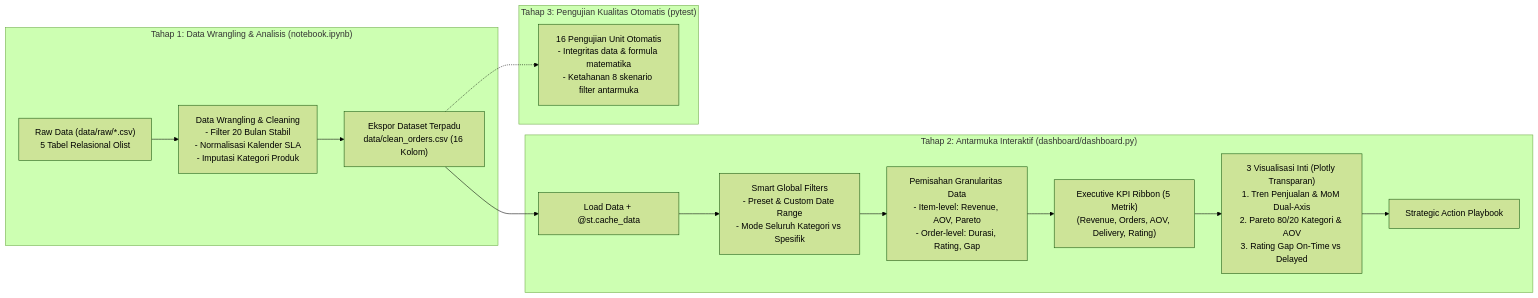
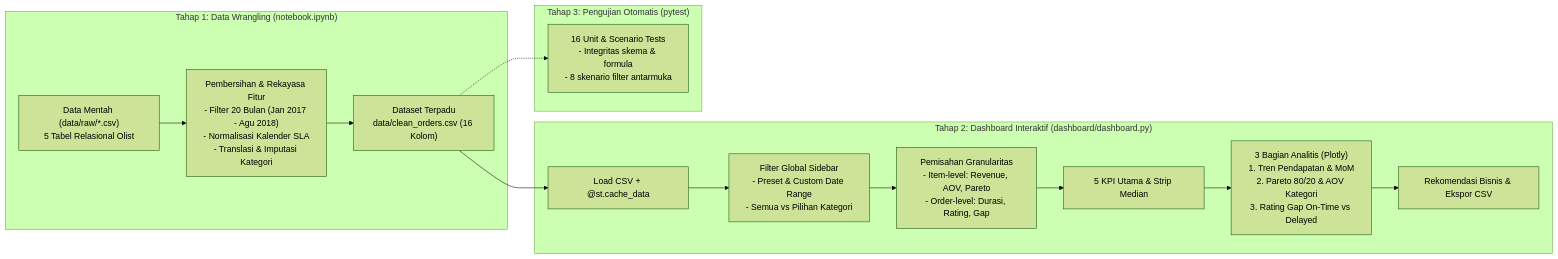
Before and after one commit to areswijaya/ecommerce-insight-dashboard: the diagram in docs/architecture.md, drawn with Mermaid (forest theme). The commit also changed other lines of this file and 11 other files, not shown here.

Commit message:
Polish dashboard UI, align metrics, and clean docs and tests

````diff
--- a/docs/architecture.md
+++ b/docs/architecture.md
@@ -11,20 +11,20 @@
 ```mermaid
 flowchart LR
-    subgraph Tier1 ["Tahap 1: Data Wrangling & Analisis (notebook.ipynb)"]
-        Raw["Raw Data (data/raw/*.csv)<br/>5 Tabel Relasional Olist"] --> Wrangling["Data Wrangling & Cleaning<br/>- Filter 20 Bulan Stabil<br/>- Normalisasi Kalender SLA<br/>- Imputasi Kategori Produk"]
-        Wrangling --> Export["Ekspor Dataset Terpadu<br/>data/clean_orders.csv (16 Kolom)"]
+    subgraph Tier1 ["Tahap 1: Data Wrangling (notebook.ipynb)"]
+        Raw["Data Mentah (data/raw/*.csv)<br/>5 Tabel Relasional Olist"] --> Wrangling["Pembersihan & Rekayasa Fitur<br/>- Filter 20 Bulan (Jan 2017 - Agu 2018)<br/>- Normalisasi Kalender SLA<br/>- Translasi & Imputasi Kategori"]
+        Wrangling --> Export["Dataset Terpadu<br/>data/clean_orders.csv (16 Kolom)"]
     end
 
-    subgraph Tier2 ["Tahap 2: Antarmuka Interaktif (dashboard/dashboard.py)"]
-        Export --> LoadCache["Load Data + @st.cache_data"]
-        LoadCache --> SidebarFilters["Smart Global Filters<br/>- Preset & Custom Date Range<br/>- Mode Seluruh Kategori vs Spesifik"]
-        SidebarFilters --> Granularity["Pemisahan Granularitas Data<br/>- Item-level: Revenue, AOV, Pareto<br/>- Order-level: Durasi, Rating, Gap"]
-        Granularity --> KPIRibbon["Executive KPI Ribbon (5 Metrik)<br/>(Revenue, Orders, AOV, Delivery, Rating)"]
-        KPIRibbon --> Visualizations["3 Visualisasi Inti (Plotly Transparan)<br/>1. Tren Penjualan & MoM Dual-Axis<br/>2. Pareto 80/20 Kategori & AOV<br/>3. Rating Gap On-Time vs Delayed"]
-        Visualizations --> Playbook["Strategic Action Playbook"]
+    subgraph Tier2 ["Tahap 2: Dashboard Interaktif (dashboard/dashboard.py)"]
+        Export --> LoadCache["Load CSV + @st.cache_data"]
+        LoadCache --> SidebarFilters["Filter Global Sidebar<br/>- Preset & Custom Date Range<br/>- Semua vs Pilihan Kategori"]
+        SidebarFilters --> Granularity["Pemisahan Granularitas<br/>- Item-level: Revenue, AOV, Pareto<br/>- Order-level: Durasi, Rating, Gap"]
+        Granularity --> KPIRibbon["5 KPI Utama & Strip Median"]
+        KPIRibbon --> Visualizations["3 Bagian Analitis (Plotly)<br/>1. Tren Pendapatan & MoM<br/>2. Pareto 80/20 & AOV Kategori<br/>3. Rating Gap On-Time vs Delayed"]
+        Visualizations --> Playbook["Rekomendasi Bisnis & Ekspor CSV"]
     end
 
-    subgraph QualityAssurance ["Tahap 3: Pengujian Kualitas Otomatis (pytest)"]
-        Export -.-> QA["16 Pengujian Unit Otomatis<br/>- Integritas data & formula matematika<br/>- Ketahanan 8 skenario filter antarmuka"]
+    subgraph QualityAssurance ["Tahap 3: Pengujian Otomatis (pytest)"]
+        Export -.-> QA["16 Unit & Scenario Tests<br/>- Integritas skema & formula<br/>- 8 skenario filter antarmuka"]
     end
 ```
````
